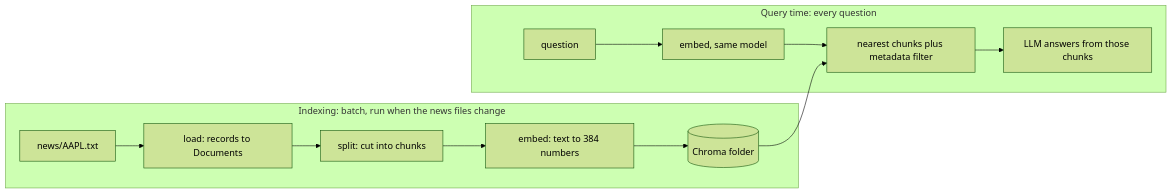
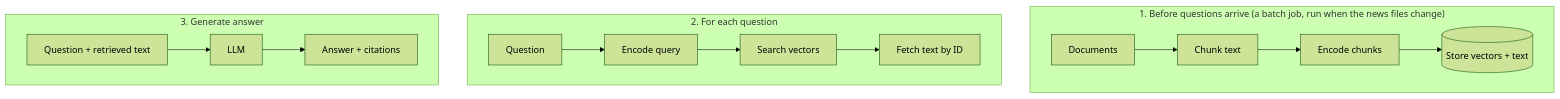
Before and after one commit to jpyrett/prometheus: the first of 4 diagrams in labs/module3_rag/hpw_to_do_langchain_rag.md, drawn with Mermaid (forest theme). The commit also changed other lines of this file and 4 other files, not shown here.

````diff
--- a/labs/module3_rag/hpw_to_do_langchain_rag.md
+++ b/labs/module3_rag/hpw_to_do_langchain_rag.md
@@ -57,15 +63,15 @@
 ```mermaid
-flowchart LR
-    subgraph IDX["Indexing: batch, run when the news files change"]
-        A["news/AAPL.txt"] --> B["load: records to Documents"]
-        B --> C["split: cut into chunks"]
-        C --> D["embed: text to 384 numbers"]
-        D --> E[("Chroma folder")]
+flowchart TB
+    subgraph S1["1. Before questions arrive (a batch job, run when the news files change)"]
+        direction LR
+        A1["Documents"] --> A2["Chunk text"] --> A3["Encode chunks"] --> A4[("Store vectors + text")]
     end
-    subgraph QRY["Query time: every question"]
-        Q["question"] --> QE["embed, same model"]
-        QE --> S["nearest chunks plus metadata filter"]
-        S --> L["LLM answers from those chunks"]
+    subgraph S2["2. For each question"]
+        direction LR
+        B1["Question"] --> B2["Encode query"] --> B3["Search vectors"] --> B4["Fetch text by ID"]
     end
-    E --> S
+    subgraph S3["3. Generate answer"]
+        direction LR
+        C1["Question + retrieved text"] --> C2["LLM"] --> C3["Answer + citations"]
+    end
 ```
````
